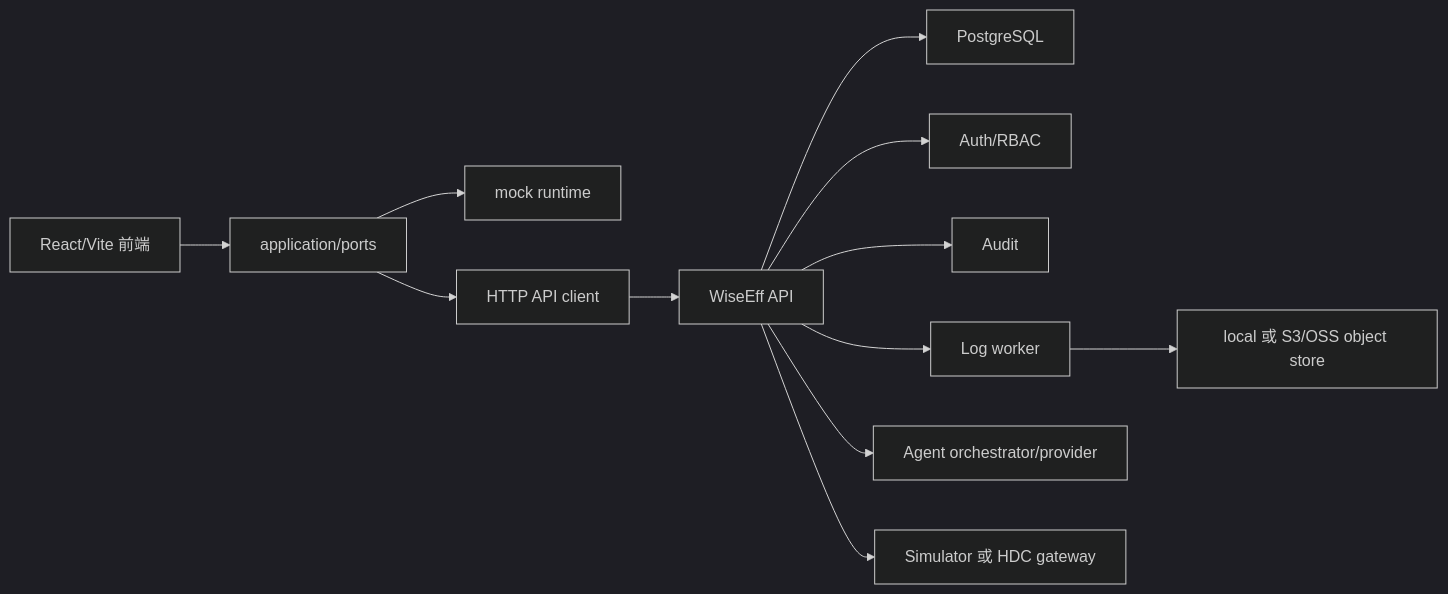
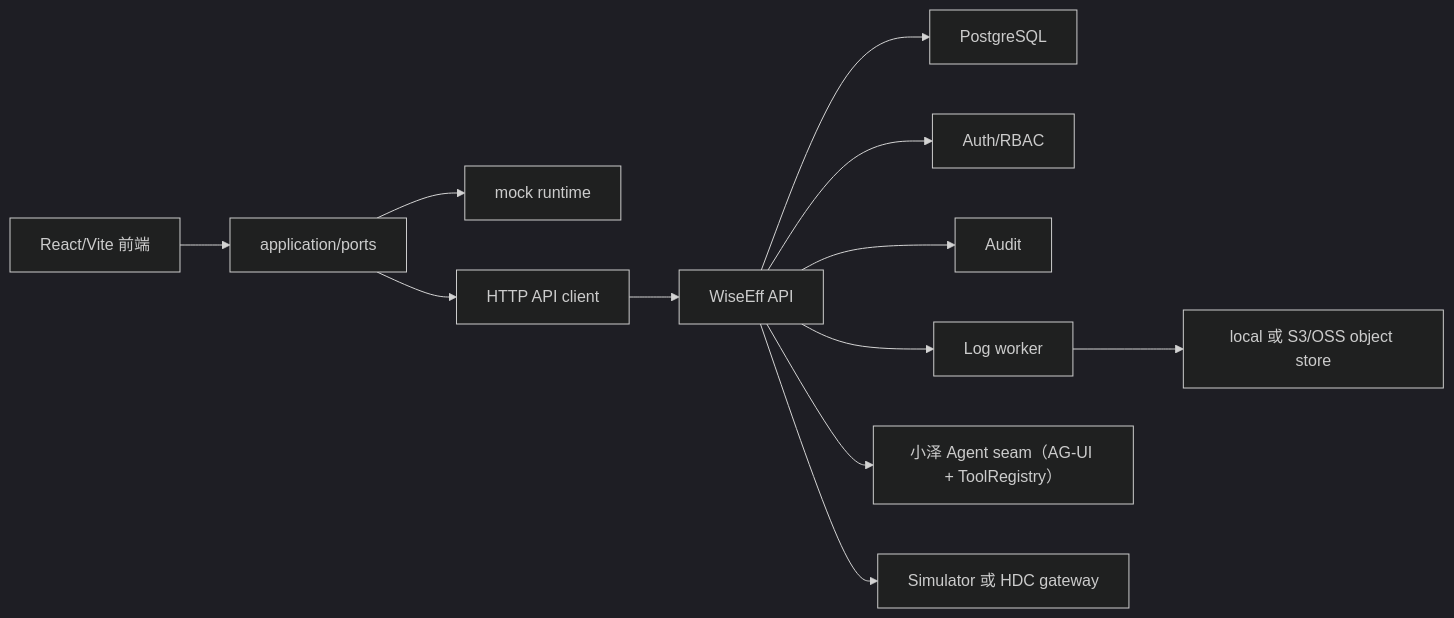
Before and after one commit to tzrea1-Q/WiseEff: the diagram in docs/zh-CN/architecture.md, drawn with Mermaid (dark theme). The commit also changed other lines of this file and 112 other files, not shown here.

````diff
--- a/docs/zh-CN/architecture.md
+++ b/docs/zh-CN/architecture.md
@@ -9,14 +9,14 @@
 ```mermaid
 flowchart LR
   Browser["React/Vite 前端"] --> Ports["application/ports"]
   Ports --> Mock["mock runtime"]
   Ports --> Http["HTTP API client"]
   Http --> Api["WiseEff API"]
   Api --> Db["PostgreSQL"]
   Api --> Auth["Auth/RBAC"]
   Api --> Audit["Audit"]
   Api --> Logs["Log worker"]
   Logs --> ObjectStore["local 或 S3/OSS object store"]
-  Api --> Agent["Agent orchestrator/provider"]
+  Api --> Agent["小泽 Agent seam（AG-UI + ToolRegistry）"]
   Api --> Gateway["Simulator 或 HDC gateway"]
 ```
````
